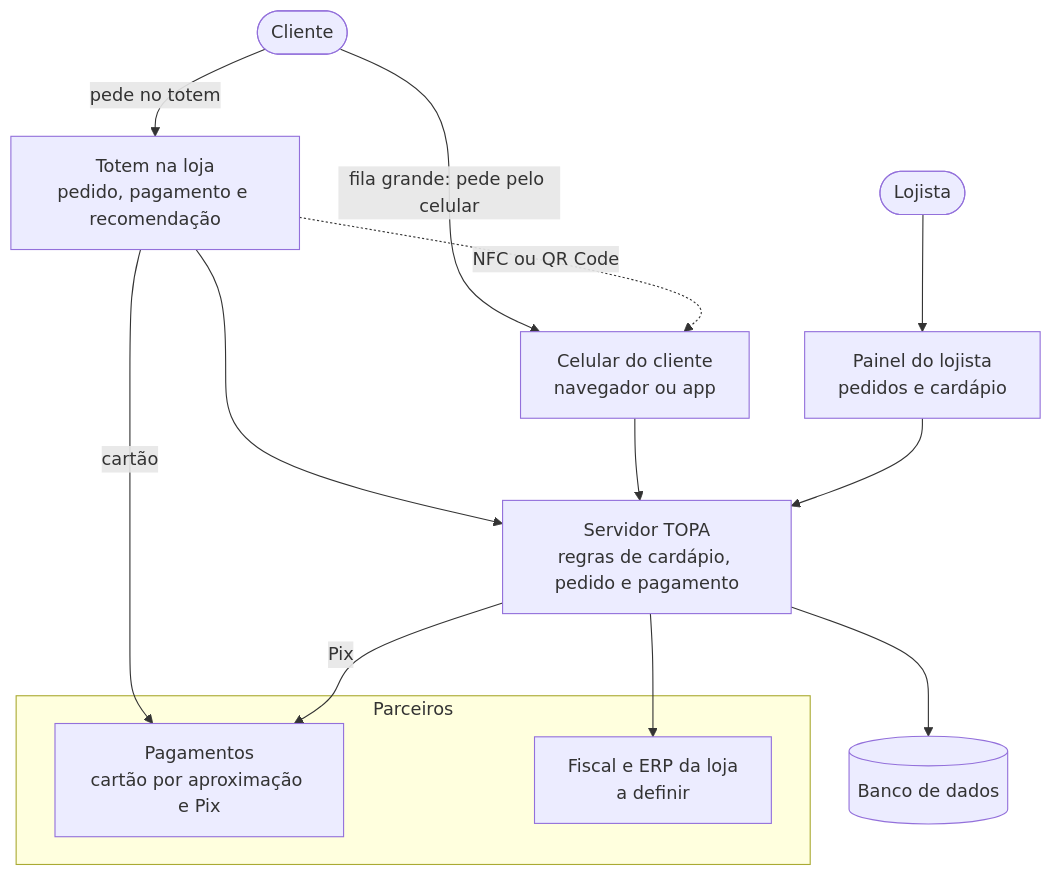
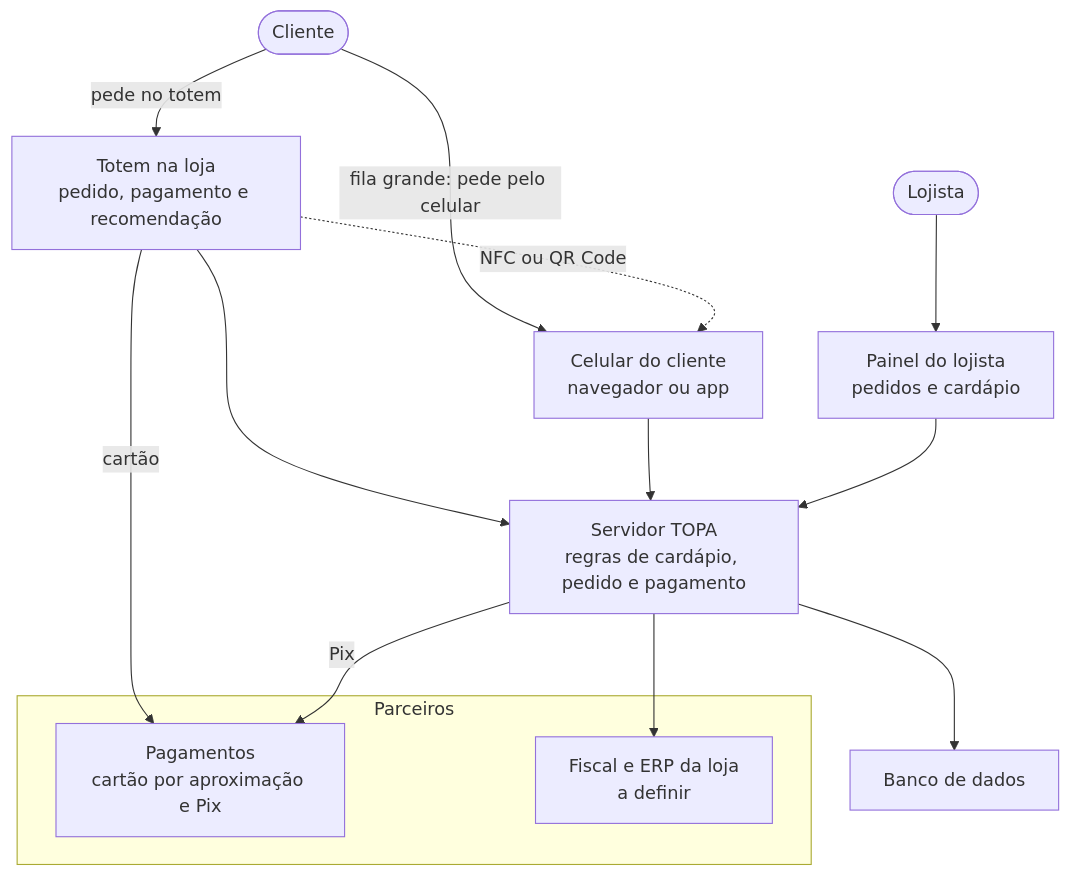
One commit to kaualimadesouza/EI changed the diagram in README.md. Above: the diagram before and after it, drawn with Mermaid.

Commit message:
docs: draw the database as a plain box
Mermaid 11, which GitHub uses, draws the cylinder shape with a stray triangle in its fill.

````diff
--- a/README.md
+++ b/README.md
@@ -66,31 +66,31 @@
 ```mermaid
 flowchart TB
     cliente(["Cliente"])
     lojista(["Lojista"])
 
     totem["Totem na loja<br/>pedido, pagamento e recomendação"]
     celular["Celular do cliente<br/>navegador ou app"]
     painel["Painel do lojista<br/>pedidos e cardápio"]
 
     servidor["Servidor TOPA<br/>regras de cardápio, pedido e pagamento"]
-    banco[("Banco de dados")]
+    banco["Banco de dados"]
 
     subgraph parceiros["Parceiros"]
         pagamentos["Pagamentos<br/>cartão por aproximação e Pix"]
         fiscal["Fiscal e ERP da loja<br/>a definir"]
     end
 
     cliente -- "pede no totem" --> totem
     cliente -- "fila grande: pede pelo celular" --> celular
     totem -. "NFC ou QR Code" .-> celular
     lojista --> painel
 
     totem --> servidor
     celular --> servidor
     painel --> servidor
     servidor --> banco
 
     totem -- "cartão" --> pagamentos
     servidor -- "Pix" --> pagamentos
     servidor --> fiscal
 ```
````
